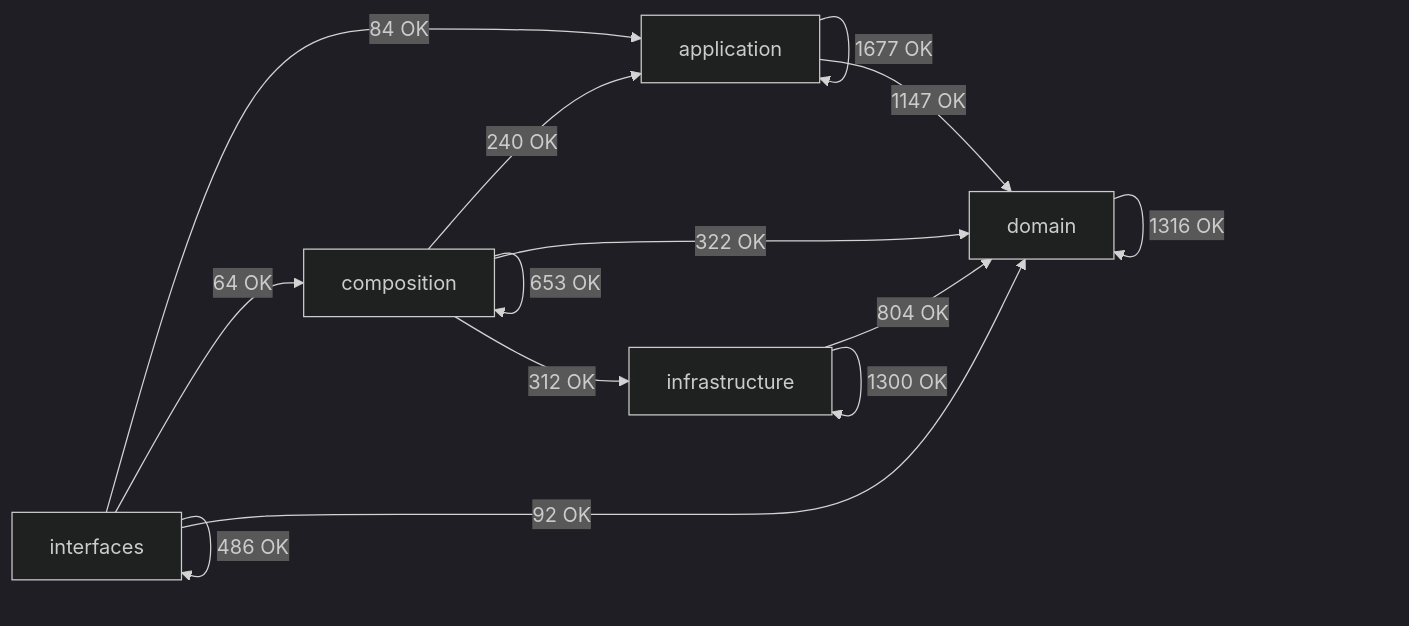
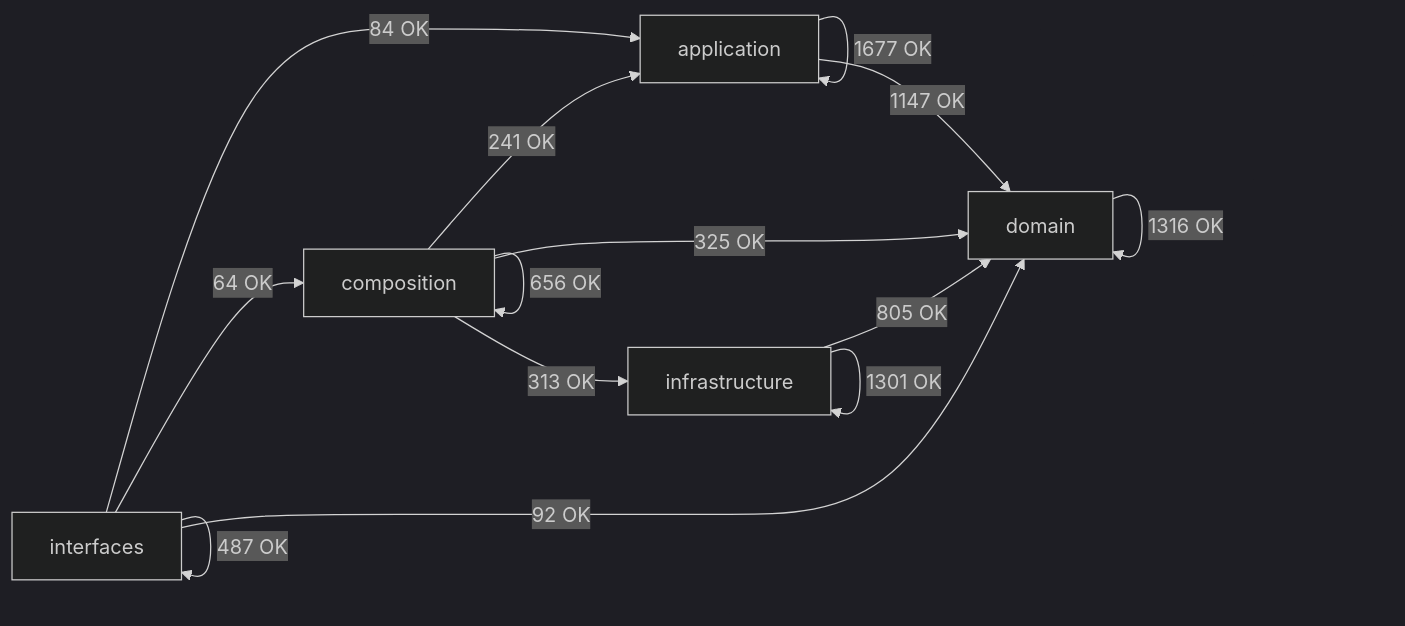
The diagram in docs/02-architecture/generated/module-dependency-map.md (SatoryKono/BioactivityDataAcquisition), drawn with Mermaid (dark theme) before and after one commit. The commit also changed other lines of this file and 1 other file, not shown here.

First line of the commit message:
chore(docs): refresh architecture dependency map fingerprint

````diff
--- a/docs/02-architecture/generated/module-dependency-map.md
+++ b/docs/02-architecture/generated/module-dependency-map.md
@@ -17,21 +17,21 @@
 ```mermaid
 flowchart LR
     domain[domain]
     application[application]
     infrastructure[infrastructure]
     composition[composition]
     interfaces[interfaces]
     application -->|1677 OK| application
     application -->|1147 OK| domain
-    composition -->|240 OK| application
-    composition -->|653 OK| composition
-    composition -->|322 OK| domain
-    composition -->|312 OK| infrastructure
+    composition -->|241 OK| application
+    composition -->|656 OK| composition
+    composition -->|325 OK| domain
+    composition -->|313 OK| infrastructure
     domain -->|1316 OK| domain
-    infrastructure -->|804 OK| domain
-    infrastructure -->|1300 OK| infrastructure
+    infrastructure -->|805 OK| domain
+    infrastructure -->|1301 OK| infrastructure
     interfaces -->|84 OK| application
     interfaces -->|64 OK| composition
     interfaces -->|92 OK| domain
-    interfaces -->|486 OK| interfaces
+    interfaces -->|487 OK| interfaces
 ```
````
